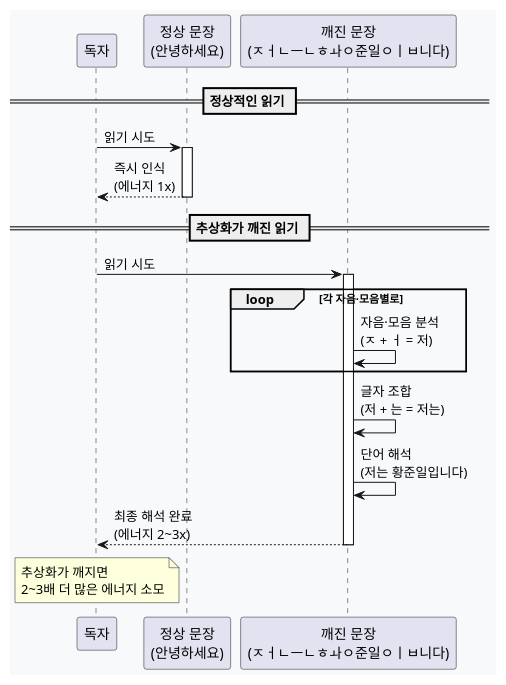
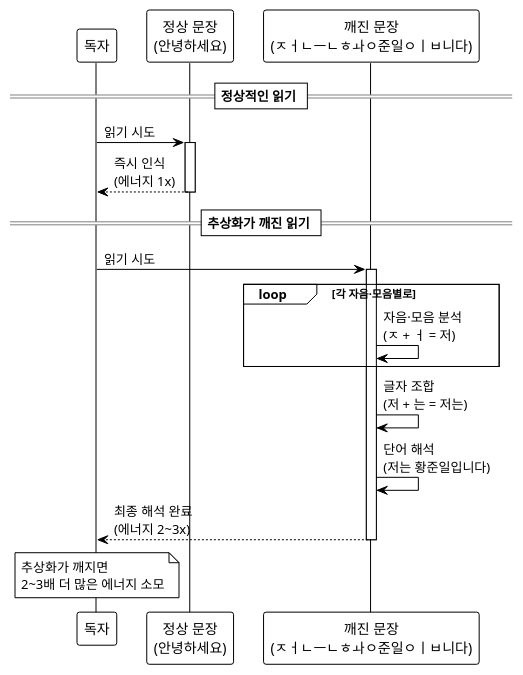
One commit to JunilHwang/TIL changed the second of 4 diagrams in clean-code/조각모음/추상화를-정렬하기/README.md. Above: the diagram before and after it, drawn with PlantUML. The commit also changed other lines of this file, not shown here.

```diff
--- a/clean-code/조각모음/추상화를-정렬하기/README.md
+++ b/clean-code/조각모음/추상화를-정렬하기/README.md
@@ -70,30 +69,29 @@
 @startuml
-skinparam backgroundColor #f8f9fa
-skinparam defaultFontName "Malgun Gothic"
+!theme plain
 
 participant "독자" as reader
 participant "정상 문장\n(안녕하세요)" as normal
 participant "깨진 문장\n(ㅈㅓㄴㅡㄴㅎㅘㅇ준일ㅇㅣㅂ니다)" as broken
 
 == 정상적인 읽기 ==
 reader -> normal : 읽기 시도
 activate normal
 normal --> reader : 즉시 인식\n(에너지 1x)
 deactivate normal
 
 == 추상화가 깨진 읽기 ==
 reader -> broken : 읽기 시도
 activate broken
 
 loop 각 자음·모음별로
 broken -> broken : 자음·모음 분석\n(ㅈ + ㅓ = 저)
 end
 
 broken -> broken : 글자 조합\n(저 + 는 = 저는)
 broken -> broken : 단어 해석\n(저는 황준일입니다)
 broken --> reader : 최종 해석 완료\n(에너지 2~3x)
 deactivate broken
 
 note over reader : 추상화가 깨지면\n2~3배 더 많은 에너지 소모
 
 @enduml
```
